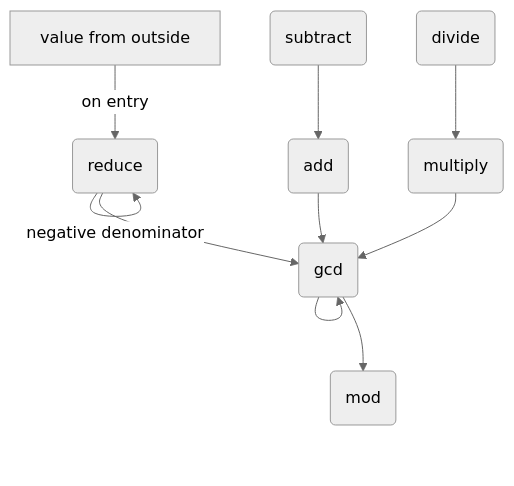
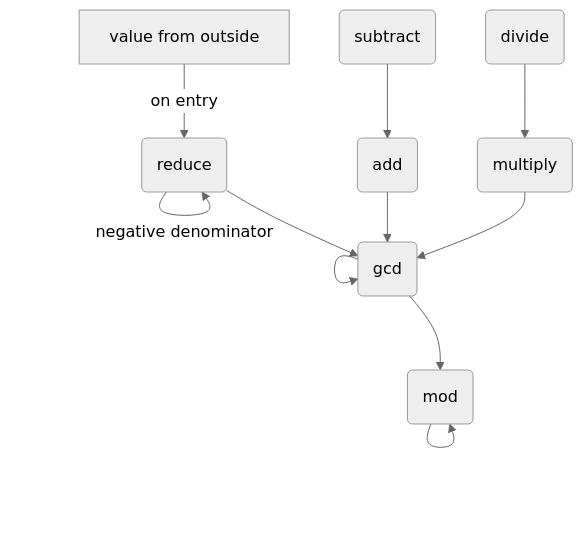
One commit to andy-emerson/Erdos changed the diagram in paper/v0.5.md. Above: the diagram before and after it, drawn with Mermaid. The commit also changed other lines of this file and 2 other files, not shown here.

First line of the commit message:
Paper v0.5: mod in pseudocode, exact division as given, 30 proofs (proof-only blocks)

````diff
--- a/paper/v0.5.md
+++ b/paper/v0.5.md
@@ -867,21 +968,22 @@
 ```mermaid
 %%{init: {'theme': 'neutral'}}%%
 flowchart TB
     entry[value from outside]
     subtract(subtract)
     add(add)
     divide(divide)
     multiply(multiply)
     reduce(reduce)
     gcd(gcd)
     mod(mod)
     entry -->|"on entry"| reduce
     reduce -->|"negative denominator"| reduce
     subtract --> add
     divide --> multiply
     reduce --> gcd
     add --> gcd
     multiply --> gcd
     gcd --> gcd
     gcd --> mod
+    mod --> mod
 ```
````
